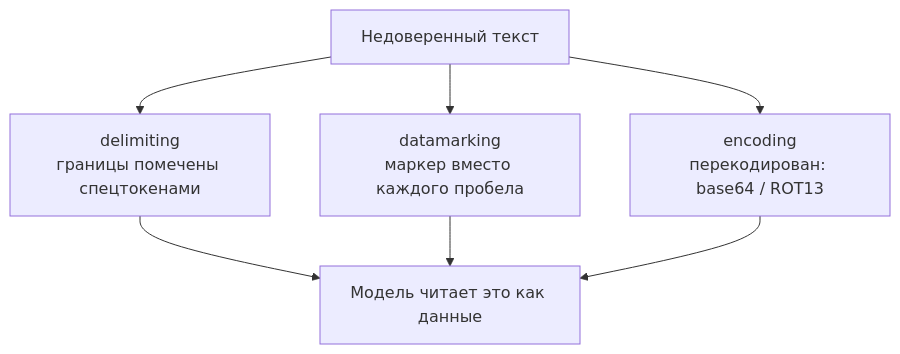
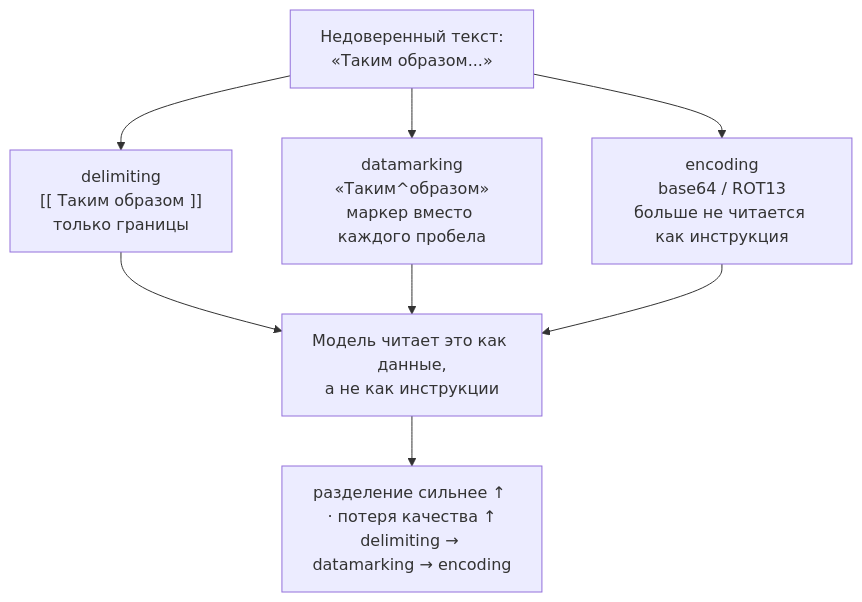
The diagram in i18n/ru/docusaurus-plugin-content-docs/current/part-1-rag/cross-cutting/guardrails/deep-dive.md (NikolaiSachok/ai-engineering-handbook), drawn with Mermaid before and after one commit. The commit also changed 21 other files, not shown here.

First line of the commit message:
fix(i18n): reconcile 28 drifted diagrams and make the parity gate read inside a fence (#453)

````diff
--- a/i18n/ru/docusaurus-plugin-content-docs/current/part-1-rag/cross-cutting/guardrails/deep-dive.md
+++ b/i18n/ru/docusaurus-plugin-content-docs/current/part-1-rag/cross-cutting/guardrails/deep-dive.md
@@ -59,10 +59,10 @@
 ```mermaid
 flowchart TB
-    T["Недоверенный текст"]
-    T --> D["delimiting<br/>границы помечены спецтокенами"]
-    T --> M["datamarking<br/>маркер вместо каждого пробела"]
-    T --> E["encoding<br/>перекодирован: base64 / ROT13"]
-    D --> R["Модель читает это как данные"]
+    U["Недоверенный текст:<br/>«Таким образом...»"] --> D["delimiting<br/>[[ Таким образом ]]<br/>только границы"]
+    U --> M["datamarking<br/>«Таким^образом»<br/>маркер вместо каждого пробела"]
+    U --> E["encoding<br/>base64 / ROT13<br/>больше не читается как инструкция"]
+    D --> R["Модель читает это как данные,<br/>а не как инструкции"]
     M --> R
     E --> R
+    R --> L["разделение сильнее ↑ · потеря качества ↑<br/>delimiting → datamarking → encoding"]
 ```
````
